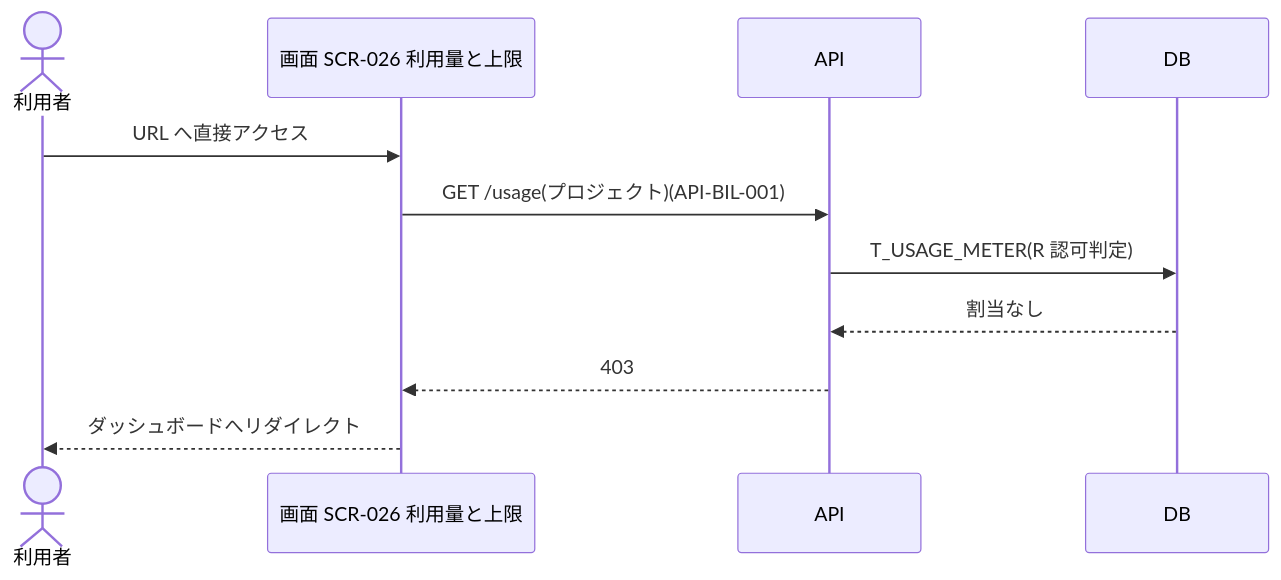
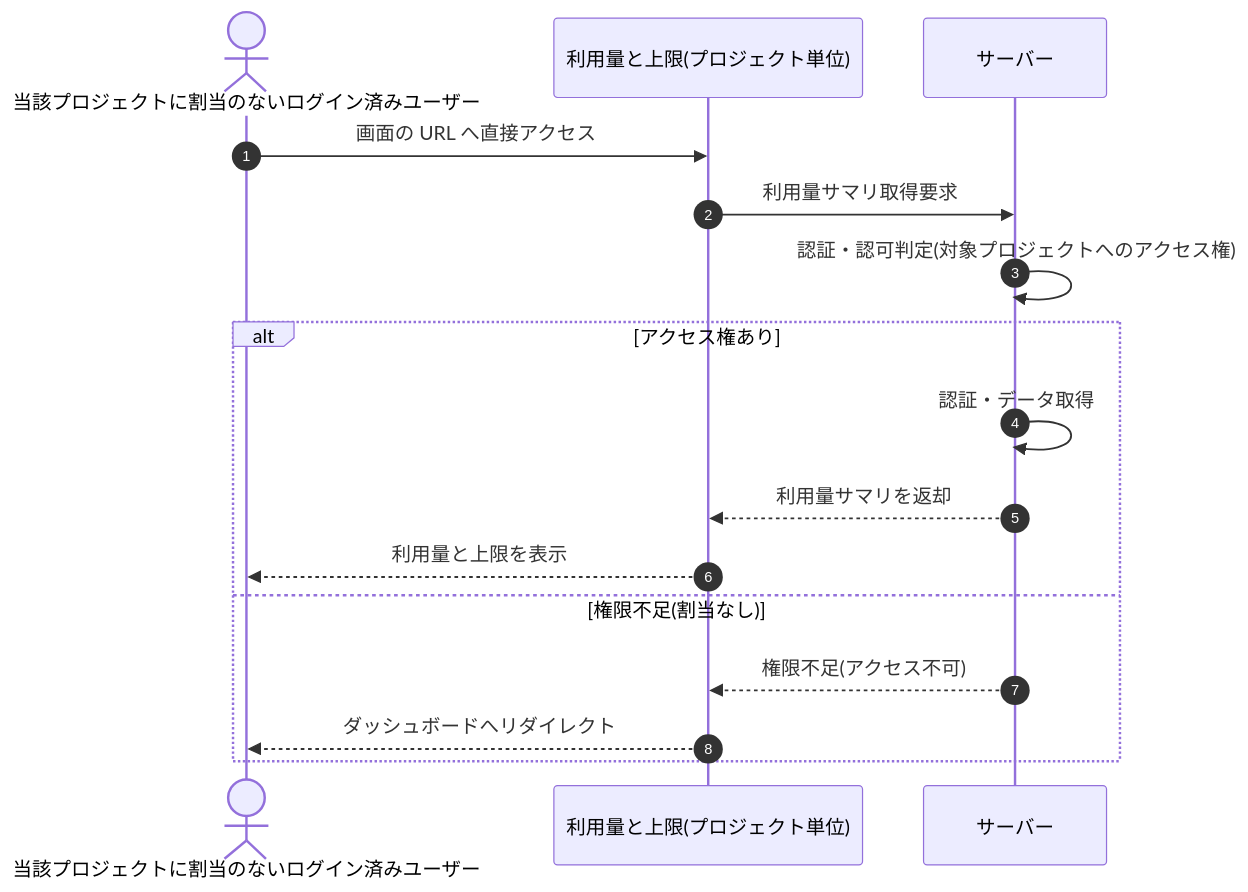
One commit to sikakou54/open-faq changed the diagram in 02_basic_design/05_sequences/SEQ-078.md. Above: the diagram before and after it, drawn with Mermaid. The commit also changed other lines of this file and 108 other files, not shown here.

First line of the commit message:
基本設計: シーケンス図を基本設計粒度(ユーザー/画面/サーバー)へ再編成

````diff
--- a/02_basic_design/05_sequences/SEQ-078.md
+++ b/02_basic_design/05_sequences/SEQ-078.md
@@ -25,13 +32,18 @@
 ```mermaid
 sequenceDiagram
-  actor U as 利用者
-  participant S as 画面 SCR-026 利用量と上限
-  participant API as API
-  participant DB as DB
-  U->>S: URL へ直接アクセス
-  S->>API: GET /usage(プロジェクト)(API-BIL-001)
-  API->>DB: T_USAGE_METER(R 認可判定)
-  DB-->>API: 割当なし
-  API-->>S: 403
-  S-->>U: ダッシュボードへリダイレクト
+  autonumber
+  actor U as 当該プロジェクトに割当のないログイン済みユーザー
+  participant Screen as 利用量と上限(プロジェクト単位)
+  participant Server as サーバー
+  U->>Screen: 画面の URL へ直接アクセス
+  Screen->>Server: 利用量サマリ取得要求
+  Server->>Server: 認証・認可判定(対象プロジェクトへのアクセス権)
+  alt アクセス権あり
+    Server->>Server: 認証・データ取得
+    Server-->>Screen: 利用量サマリを返却
+    Screen-->>U: 利用量と上限を表示
+  else 権限不足(割当なし)
+    Server-->>Screen: 権限不足(アクセス不可)
+    Screen-->>U: ダッシュボードへリダイレクト
+  end
 ```
````
